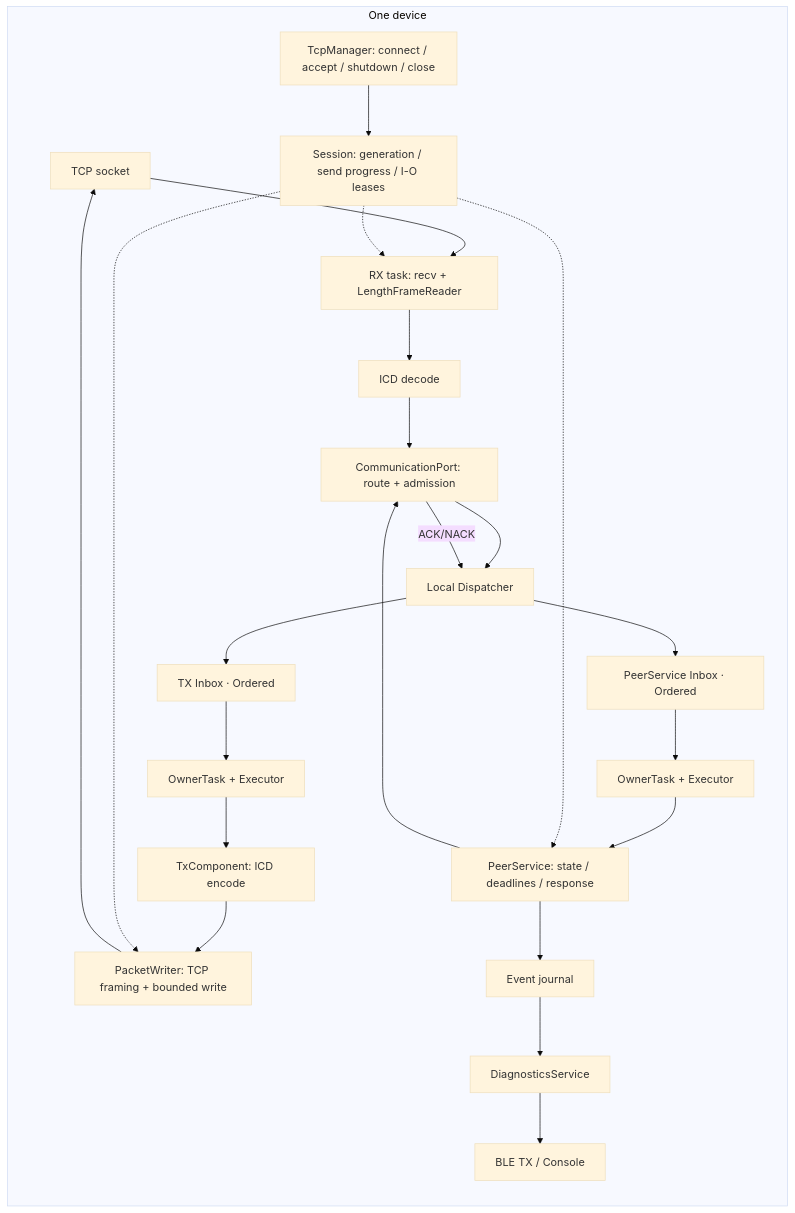
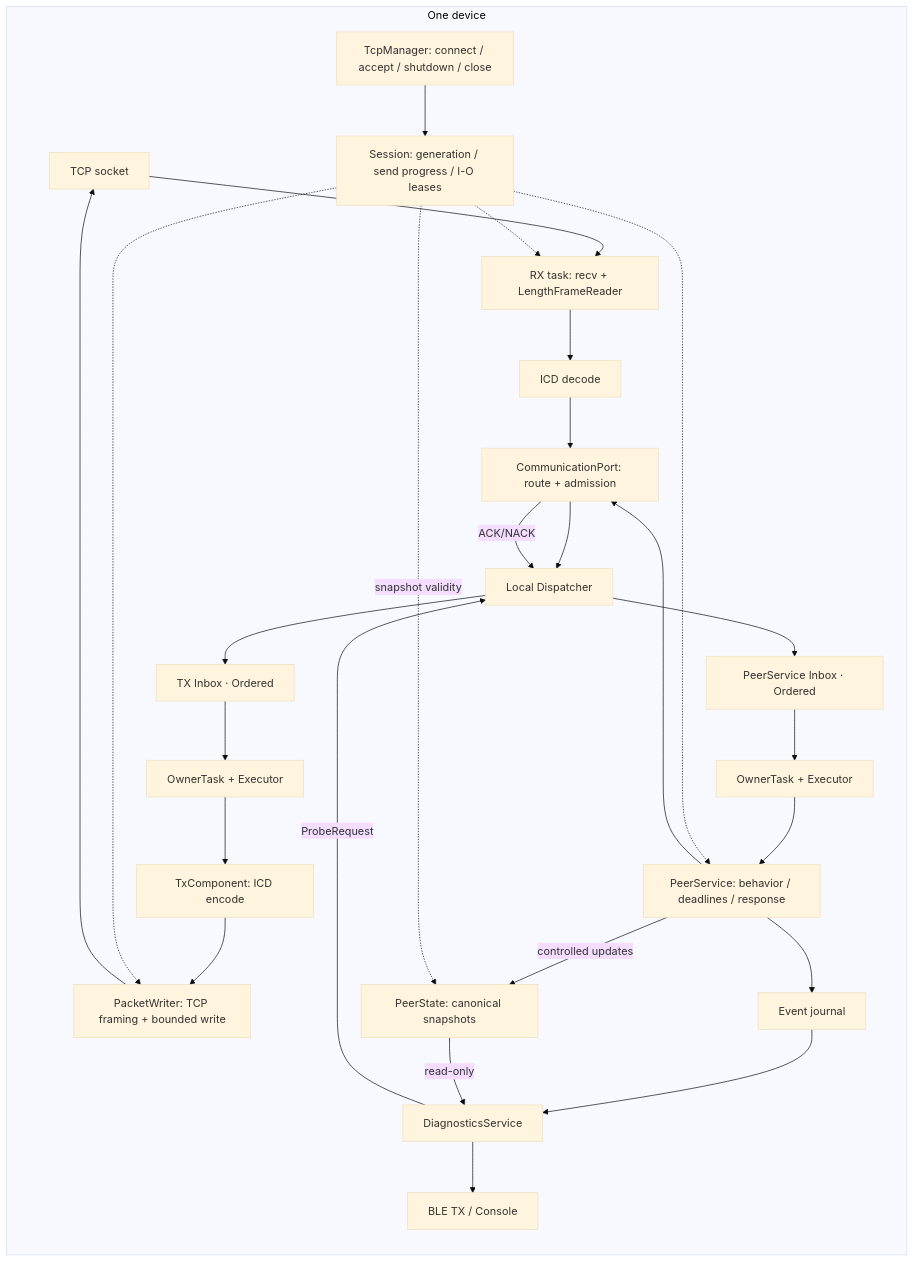
The first of 2 diagrams in ESP/docs/communication-architecture.md (ilyxas/litu_raven), drawn with Mermaid (base theme) before and after one commit. The commit also changed other lines of this file and 21 other files, not shown here.

````diff
--- a/ESP/docs/communication-architecture.md
+++ b/ESP/docs/communication-architecture.md
@@ -21,27 +21,31 @@
 ```mermaid
 flowchart LR
     subgraph Device[One device]
         Socket[TCP socket] --> RX[RX task: recv + LengthFrameReader]
         RX --> Decode[ICD decode]
         Decode --> Port[CommunicationPort: route + admission]
         Port --> D[Local Dispatcher]
         D --> PI[PeerService Inbox · Ordered]
         PI --> PE[OwnerTask + Executor]
-        PE --> Peer[PeerService: state / deadlines / response]
+        PE --> Peer[PeerService: behavior / deadlines / response]
         Peer --> Port
         Port -->|ACK/NACK| D
         D --> TI[TX Inbox · Ordered]
         TI --> TE[OwnerTask + Executor]
         TE --> TX[TxComponent: ICD encode]
         TX --> Writer[PacketWriter: TCP framing + bounded write]
         Writer --> Socket
         Session[Session: generation / send progress / I-O leases]
         Session -.-> RX
         Session -.-> Writer
         Session -.-> Peer
         Manager[TcpManager: connect / accept / shutdown / close] --> Session
         Peer --> Journal[Event journal]
         Journal --> Diag[DiagnosticsService]
+        Peer -->|controlled updates| State[PeerState: canonical snapshots]
+        State -->|read-only| Diag
+        Diag -->|ProbeRequest| D
+        Session -.->|snapshot validity| State
         Diag --> BLE[BLE TX / Console]
     end
 ```
````
